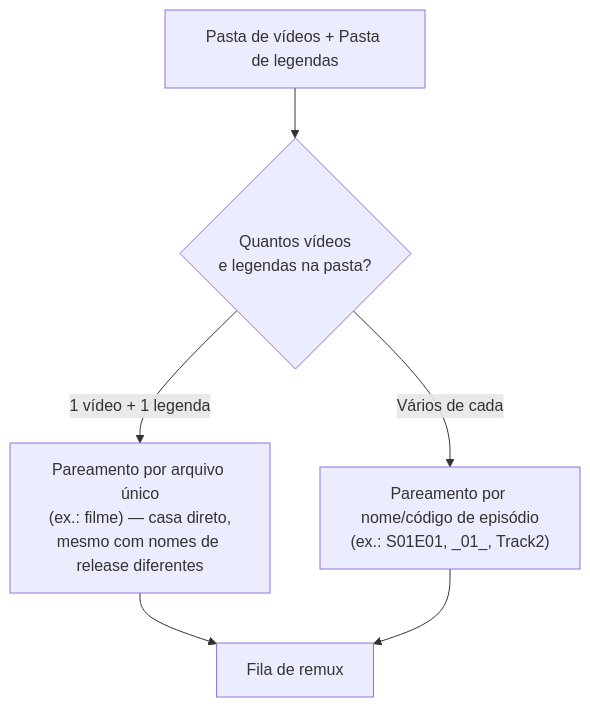
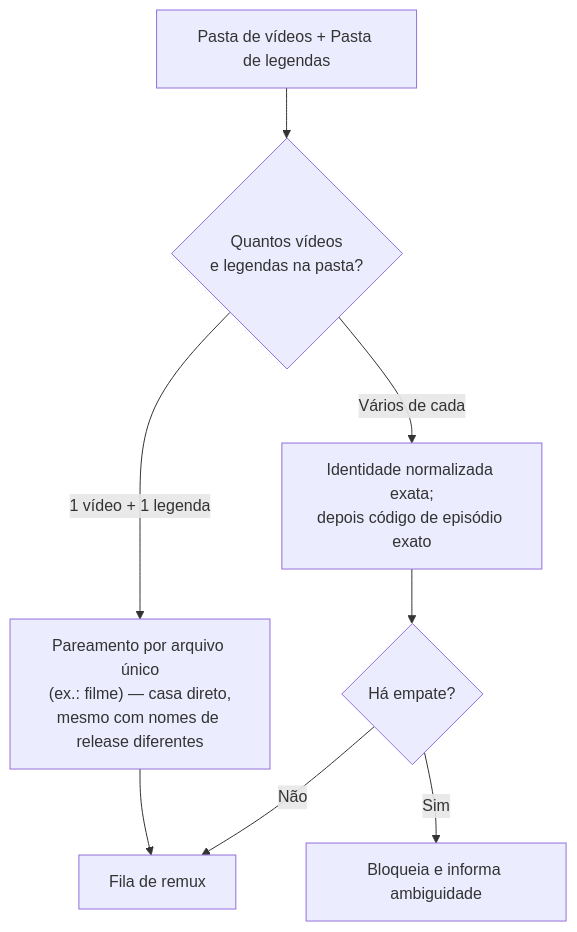
One commit to carmipa/traducao_animes_llm_local_quarkus changed the first of 2 diagrams in docs/08-modulo-remuxer.md. Above: the diagram before and after it, drawn with Mermaid. The commit also changed other lines of this file and 14 other files, not shown here.

````diff
--- a/docs/08-modulo-remuxer.md
+++ b/docs/08-modulo-remuxer.md
@@ -27,8 +29,10 @@
 ```mermaid
 graph TD
     A["Pasta de vídeos + Pasta de legendas"] --> B{"Quantos vídeos<br/>e legendas na pasta?"}
     B -->|"1 vídeo + 1 legenda"| C["Pareamento por arquivo único<br/>(ex.: filme) — casa direto,<br/>mesmo com nomes de release diferentes"]
-    B -->|"Vários de cada"| D["Pareamento por nome/código de episódio<br/>(ex.: S01E01, _01_, Track2)"]
+    B -->|"Vários de cada"| D["Identidade normalizada exata;<br/>depois código de episódio exato"]
     C --> E["Fila de remux"]
-    D --> E
+    D --> F{"Há empate?"}
+    F -->|"Não"| E
+    F -->|"Sim"| G["Bloqueia e informa ambiguidade"]
 ```
````
